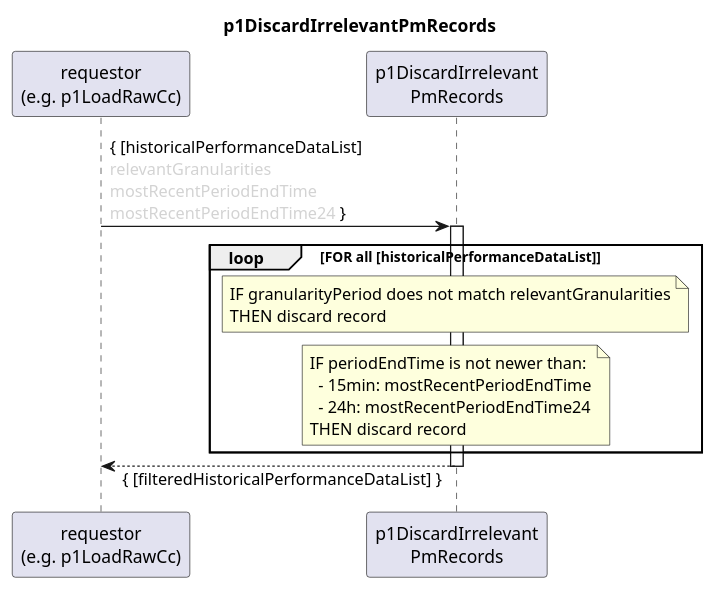
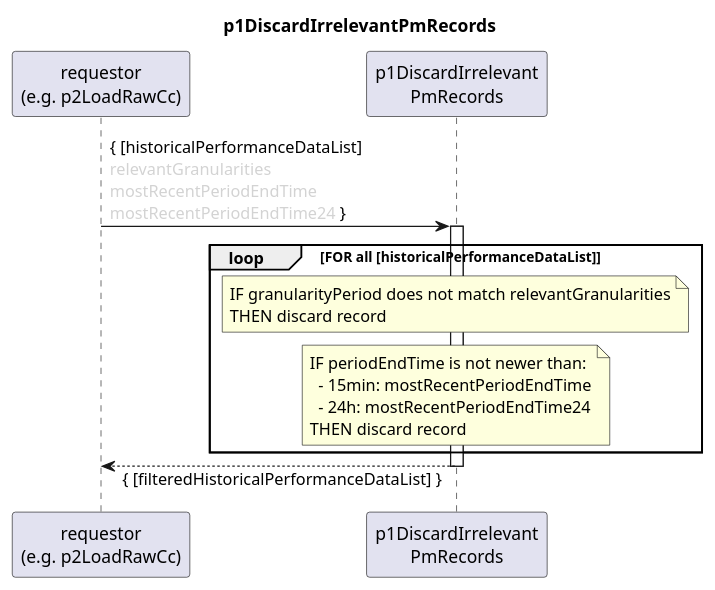
One commit to openBackhaul/DevicePerformanceManagementDataProcessor changed the diagram in spec/Functions/p1StreamPmData/p1ProcessDevice/p1LoadRawCc/p1DiscardIrrelevantPmRecords/1.0.0/p1DiscardIrrelevantPmRecords.plantuml. Above: the diagram before and after it, drawn with PlantUML. The commit also changed 34 other files, not shown here.

```diff
--- a/spec/Functions/p1StreamPmData/p1ProcessDevice/p1LoadRawCc/p1DiscardIrrelevantPmRecords/1.0.0/p1DiscardIrrelevantPmRecords.plantuml
+++ b/spec/Functions/p1StreamPmData/p1ProcessDevice/p1LoadRawCc/p1DiscardIrrelevantPmRecords/1.0.0/p1DiscardIrrelevantPmRecords.plantuml
@@ -1,35 +1,35 @@
 @startuml p1DiscardIrrelevantPmRecords
 skinparam responseMessageBelowArrow true
 
 title
   p1DiscardIrrelevantPmRecords
 end title
 
-participant "requestor\n(e.g. p1LoadRawCc)" as requestor
+participant "requestor\n(e.g. p2LoadRawCc)" as requestor
 participant "p1DiscardIrrelevant\nPmRecords" as cur
 
 
 requestor -> cur: { [historicalPerformanceDataList]\n<color:LightGray>relevantGranularities\n<color:LightGray>mostRecentPeriodEndTime\n<color:LightGray>mostRecentPeriodEndTime24</color> }
 activate cur
 
 loop FOR all [historicalPerformanceDataList]
 
   note over cur
     IF granularityPeriod does not match relevantGranularities
     THEN discard record
   end note
 
   note over cur
     IF periodEndTime is not newer than:
       - 15min: mostRecentPeriodEndTime
       - 24h: mostRecentPeriodEndTime24
     THEN discard record
   end note
 
 end loop
 
 requestor <-- cur: { [filteredHistoricalPerformanceDataList] }
 
 deactivate cur
 
 @enduml
```
